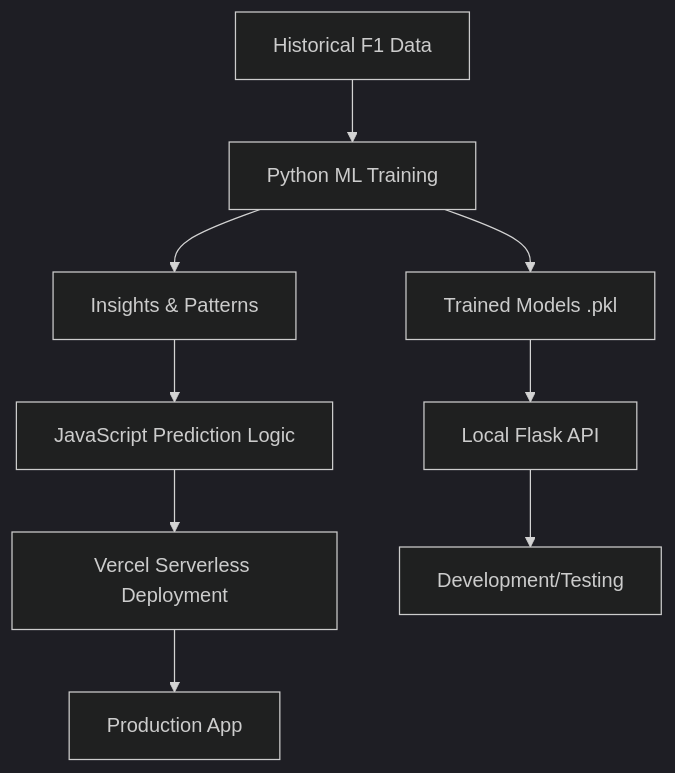
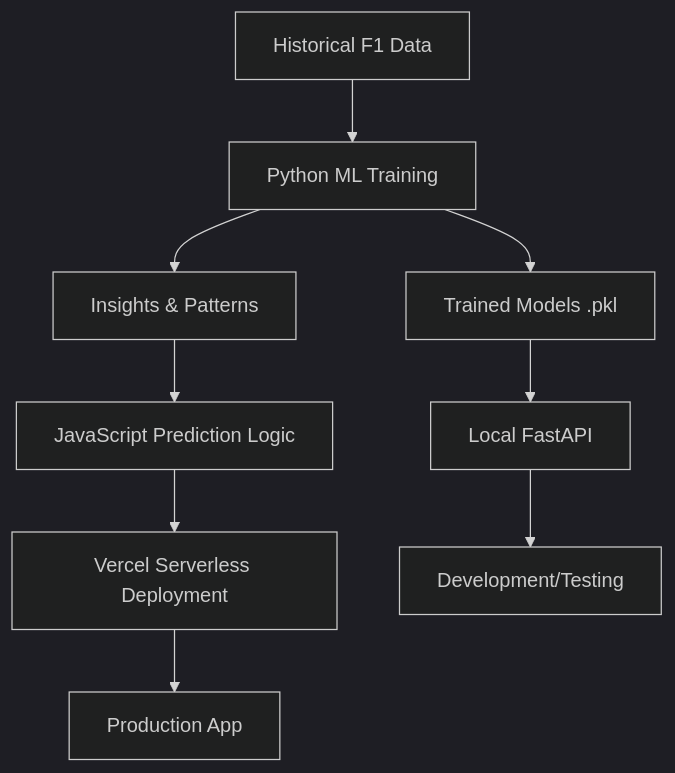
The diagram in README.md (AnishKajan/Formula1-Predictor-App), drawn with Mermaid (dark theme) before and after one commit. The commit also changed other lines of this file and 4 other files, not shown here.

````diff
--- a/README.md
+++ b/README.md
@@ -37,11 +37,11 @@
 ```mermaid
 graph TD
     A[Historical F1 Data] --> B[Python ML Training]
     B --> C[Trained Models .pkl]
     B --> D[Insights & Patterns]
     D --> E[JavaScript Prediction Logic]
     E --> F[Vercel Serverless Deployment]
-    C --> G[Local Flask API]
+    C --> G[Local FastAPI]
     F --> H[Production App]
     G --> I[Development/Testing]
 ```
````
